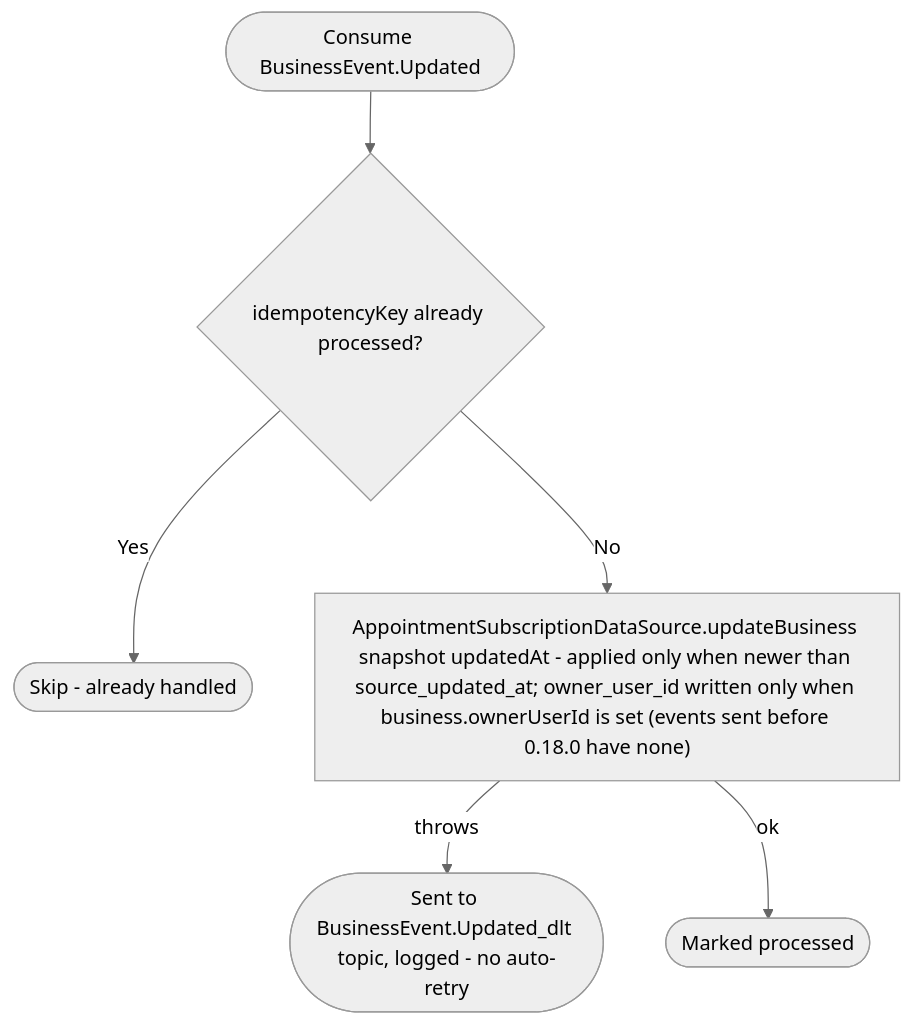
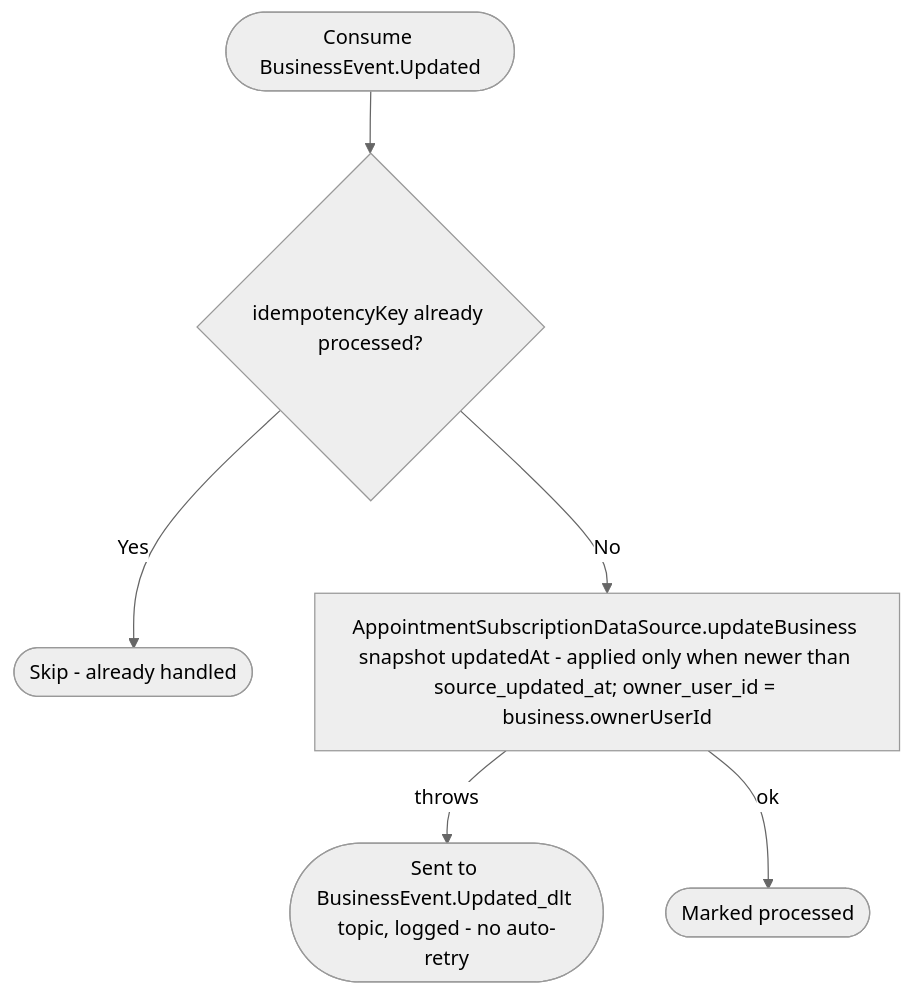
One commit to nocturneproperties/bookkme changed the diagram in docs/operations/appointments/on-business-updated.md. Above: the diagram before and after it, drawn with Mermaid (neutral theme). The commit also changed other lines of this file and 36 other files, not shown here.

````diff
--- a/docs/operations/appointments/on-business-updated.md
+++ b/docs/operations/appointments/on-business-updated.md
@@ -17,8 +13,8 @@
 ```mermaid
 flowchart TD
     Start([Consume BusinessEvent.Updated]) --> Dedup{idempotencyKey already processed?}
     Dedup -- Yes --> Skip([Skip - already handled])
-    Dedup -- No --> Update["AppointmentSubscriptionDataSource.updateBusiness snapshot updatedAt - applied only when newer than source_updated_at; owner_user_id written only when business.ownerUserId is set (events sent before 0.18.0 have none)"]
+    Dedup -- No --> Update["AppointmentSubscriptionDataSource.updateBusiness snapshot updatedAt - applied only when newer than source_updated_at; owner_user_id = business.ownerUserId"]
     Update -- throws --> Dlt([Sent to BusinessEvent.Updated_dlt topic, logged - no auto-retry])
     Update -- ok --> Ack([Marked processed])
 ```
````
